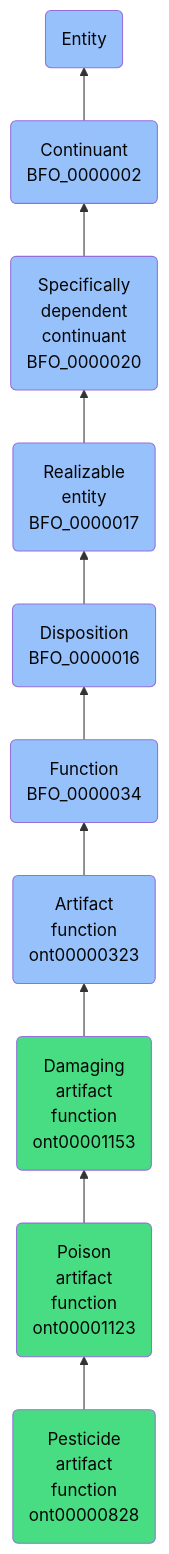
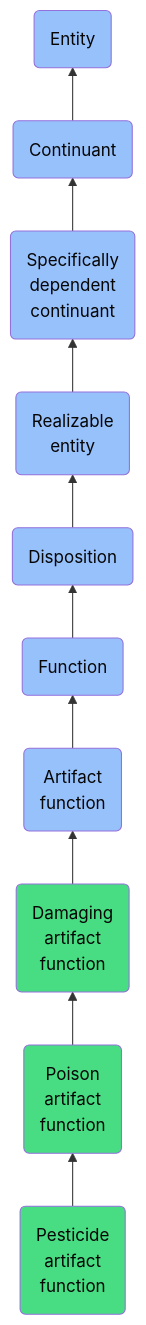
The diagram in docs/ontology/reference/model/Entity/Continuant/Specifically dependent continuant/Realizable entity/Disposition/Function/Artifact function/Damaging artifact function/Poison artifact function/Pesticide artifact function/Pesticide artifact function.md (jupyter-naas/abi), drawn with Mermaid before and after one commit. The commit also changed other lines of this file and 1430 other files, not shown here.

````diff
--- a/docs/ontology/reference/model/Entity/Continuant/Specifically dependent continuant/Realizable entity/Disposition/Function/Artifact function/Damaging artifact function/Poison artifact function/Pesticide artifact function/Pesticide artifact function.md
+++ b/docs/ontology/reference/model/Entity/Continuant/Specifically dependent continuant/Realizable entity/Disposition/Function/Artifact function/Damaging artifact function/Poison artifact function/Pesticide artifact function/Pesticide artifact function.md
@@ -24,17 +24,17 @@
 ```mermaid
 graph BT
-    ont00000828(Pesticide<br>artifact<br>function<br>ont00000828):::ABI-->ont00001123
-    ont00001123(Poison<br>artifact<br>function<br>ont00001123):::ABI-->ont00001153
-    ont00001153(Damaging<br>artifact<br>function<br>ont00001153):::ABI-->ont00000323
-    ont00000323(Artifact<br>function<br>ont00000323):::BFO-->BFO_0000034
-    BFO_0000034(Function<br>BFO_0000034):::BFO-->BFO_0000016
-    BFO_0000016(Disposition<br>BFO_0000016):::BFO-->BFO_0000017
-    BFO_0000017(Realizable<br>entity<br>BFO_0000017):::BFO-->BFO_0000020
-    BFO_0000020(Specifically<br>dependent<br>continuant<br>BFO_0000020):::BFO-->BFO_0000002
-    BFO_0000002(Continuant<br>BFO_0000002):::BFO-->BFO_0000001
+    ont00000828(Pesticide<br>artifact<br>function):::ABI-->ont00001123
+    ont00001123(Poison<br>artifact<br>function):::ABI-->ont00001153
+    ont00001153(Damaging<br>artifact<br>function):::ABI-->ont00000323
+    ont00000323(Artifact<br>function):::BFO-->BFO_0000034
+    BFO_0000034(Function):::BFO-->BFO_0000016
+    BFO_0000016(Disposition):::BFO-->BFO_0000017
+    BFO_0000017(Realizable<br>entity):::BFO-->BFO_0000020
+    BFO_0000020(Specifically<br>dependent<br>continuant):::BFO-->BFO_0000002
+    BFO_0000002(Continuant):::BFO-->BFO_0000001
     BFO_0000001(Entity):::BFO
     
     classDef BFO fill:#97c1fb,color:#060606
     classDef CCO fill:#e4c51e,color:#060606
     classDef ABI fill:#48DD82,color:#060606
 ```
````
